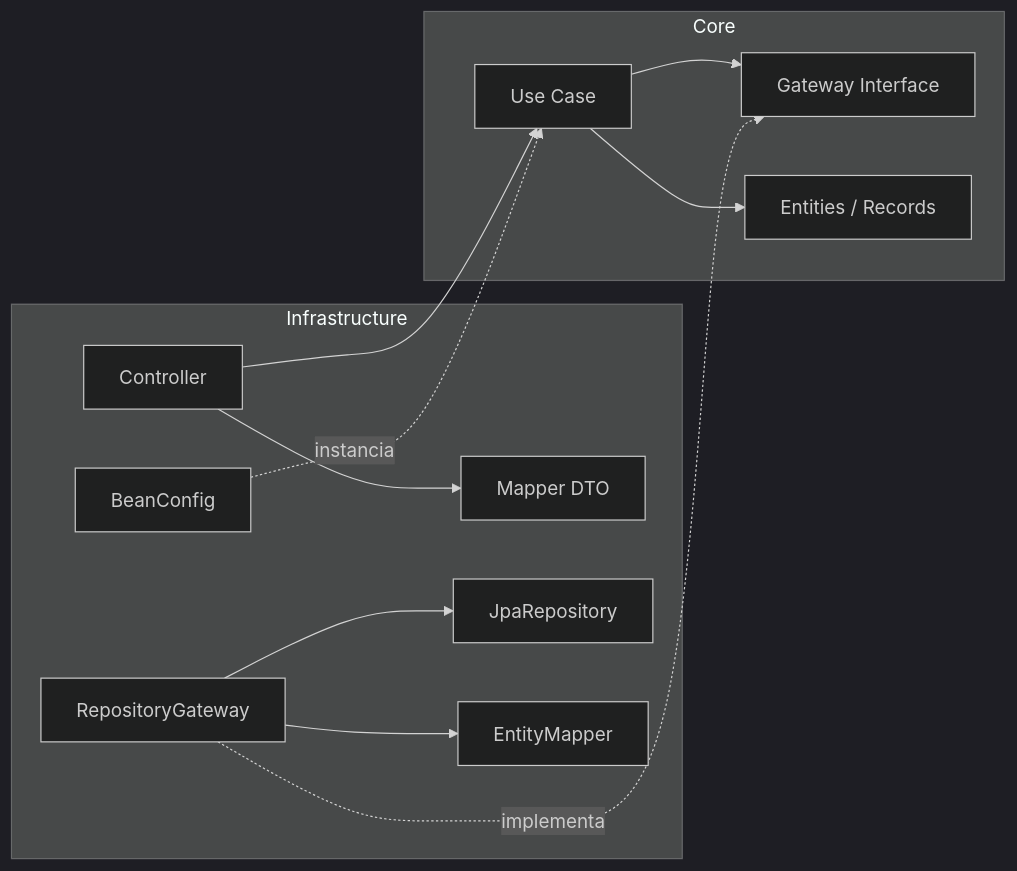
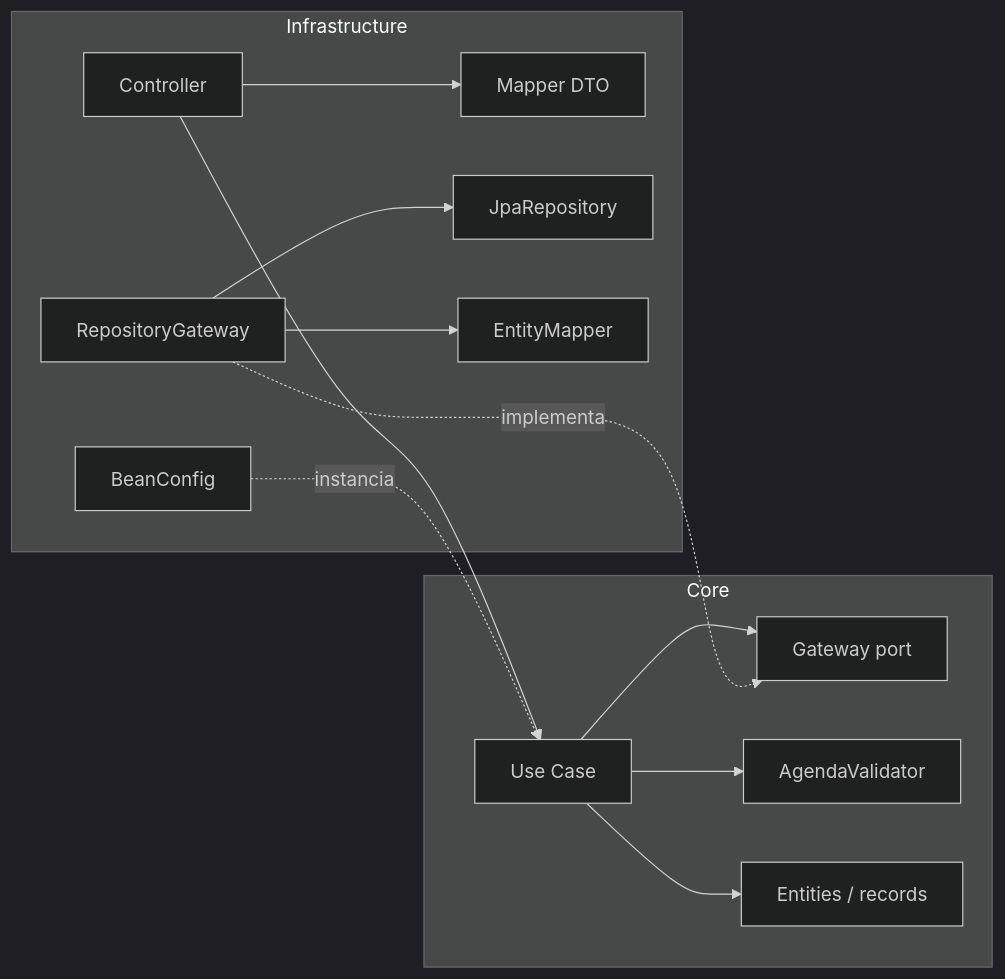
One commit to marcelopinotti/clinicflow changed the first of 3 diagrams in README.md. Above: the diagram before and after it, drawn with Mermaid (dark theme). The commit also changed other lines of this file, not shown here.

Commit message:
docs: update README to enhance project description and clarify architecture details

````diff
--- a/README.md
+++ b/README.md
@@ -34,16 +46,17 @@
 ```mermaid
 graph LR
     subgraph Infrastructure
         C[Controller] --> M[Mapper DTO]
         G[RepositoryGateway] --> R[JpaRepository]
         G --> EM[EntityMapper]
         B[BeanConfig]
     end
     subgraph Core
-        UC[Use Case] --> GW[Gateway Interface]
-        UC --> E[Entities / Records]
+        UC[Use Case] --> GW[Gateway port]
+        UC --> SV[AgendaValidator]
+        UC --> E[Entities / records]
     end
     C --> UC
     G -. implementa .-> GW
     B -. instancia .-> UC
 ```
````
